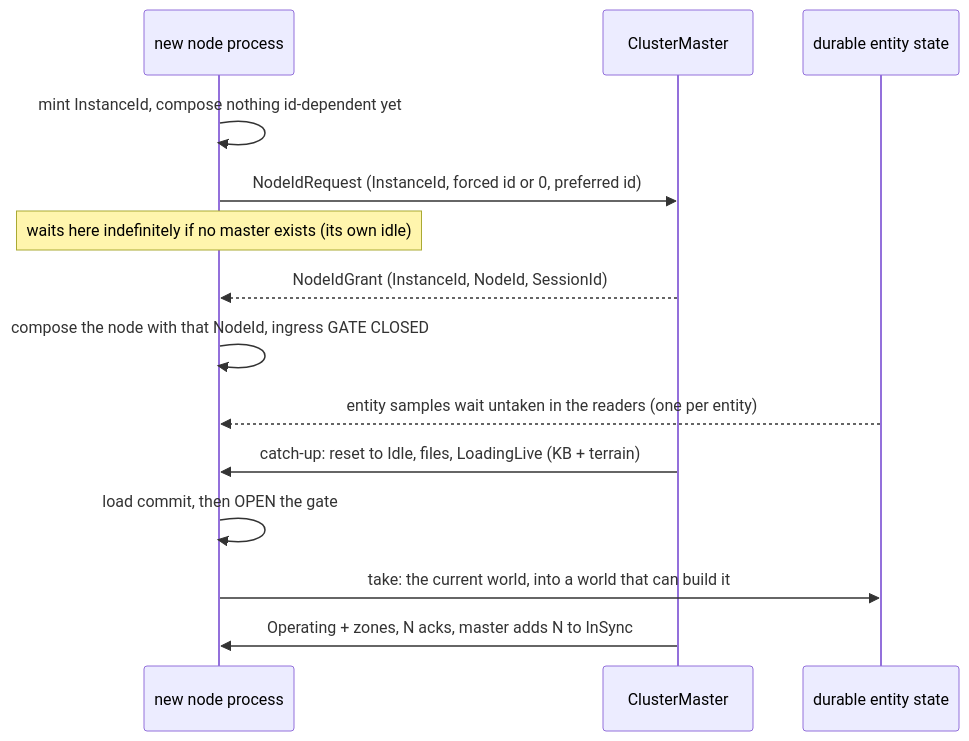
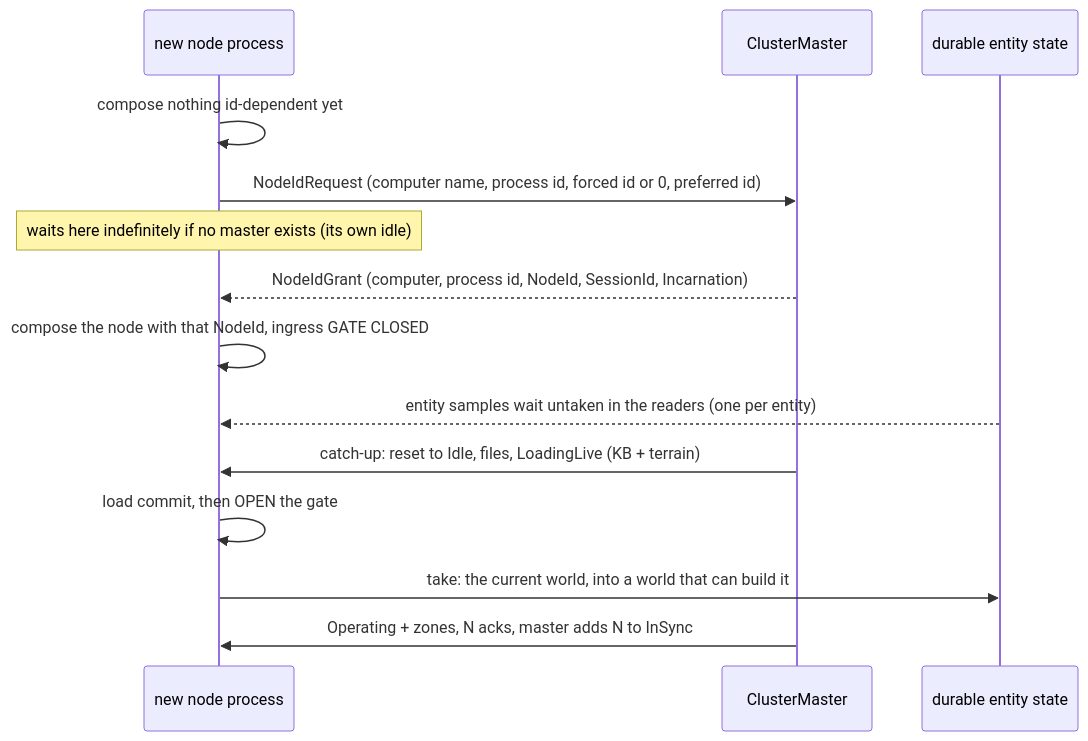
One commit to pjanec/HROT changed diagram 11 of 11 in docs/blueprints/Architect_Question_91_Player_Nodes.md. Above: the diagram before and after it, drawn with Mermaid. The commit also changed other lines of this file and 1 other file, not shown here.

````diff
--- a/docs/blueprints/Architect_Question_91_Player_Nodes.md
+++ b/docs/blueprints/Architect_Question_91_Player_Nodes.md
@@ -926,16 +929,16 @@
 ```mermaid
 sequenceDiagram
   participant N as new node process
   participant M as ClusterMaster
   participant D as durable entity state
-  N->>N: mint InstanceId, compose nothing id-dependent yet
-  N->>M: NodeIdRequest (InstanceId, forced id or 0, preferred id)
+  N->>N: compose nothing id-dependent yet
+  N->>M: NodeIdRequest (computer name, process id, forced id or 0, preferred id)
   Note over N: waits here indefinitely if no master exists (its own idle)
-  M-->>N: NodeIdGrant (InstanceId, NodeId, SessionId)
+  M-->>N: NodeIdGrant (computer, process id, NodeId, SessionId, Incarnation)
   N->>N: compose the node with that NodeId, ingress GATE CLOSED
   D-->>N: entity samples wait untaken in the readers (one per entity)
   M->>N: catch-up: reset to Idle, files, LoadingLive (KB + terrain)
   N->>N: load commit, then OPEN the gate
   N->>D: take: the current world, into a world that can build it
   M->>N: Operating + zones, N acks, master adds N to InSync
 ```
````
